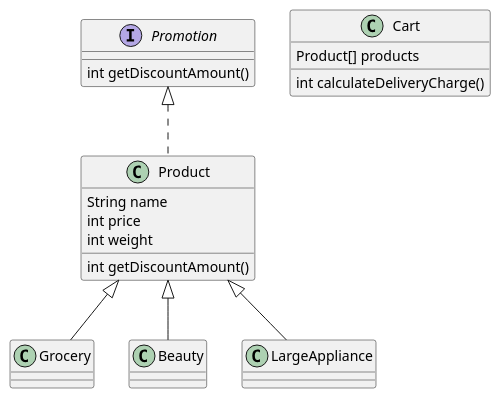
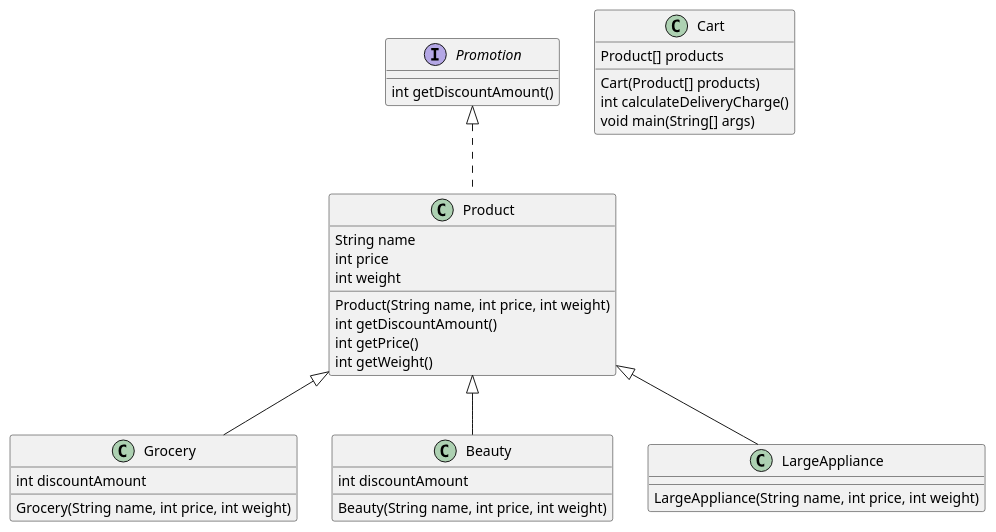
One commit to yoonjong-j/Java-Study changed the diagram in src/Quiz/WeeklyQuiz/Interface/Product.puml. Above: the diagram before and after it, drawn with PlantUML. The commit also changed 5 other files, not shown here.

```diff
--- a/src/Quiz/WeeklyQuiz/Interface/Product.puml
+++ b/src/Quiz/WeeklyQuiz/Interface/Product.puml
@@ -1,25 +1,38 @@
 @startuml
 
 interface Promotion {
     int getDiscountAmount()
 }
 
 class Product implements Promotion {
     String name
     int price
     int weight
+    Product(String name, int price, int weight)
     int getDiscountAmount()
+    int getPrice()
+    int getWeight()
 }
 
 class Cart {
     Product[] products
+    Cart(Product[] products)
     int calculateDeliveryCharge()
+    void main(String[] args)
 }
 
-class Grocery extends Product
+class Grocery extends Product {
+    int discountAmount
+    Grocery(String name, int price, int weight)
+}
 
-class Beauty extends Product
+class Beauty extends Product {
+    int discountAmount
+    Beauty(String name, int price, int weight)
+}
 
-class LargeAppliance extends Product
+class LargeAppliance extends Product {
+    LargeAppliance(String name, int price, int weight)
+}
 
 @enduml
```
